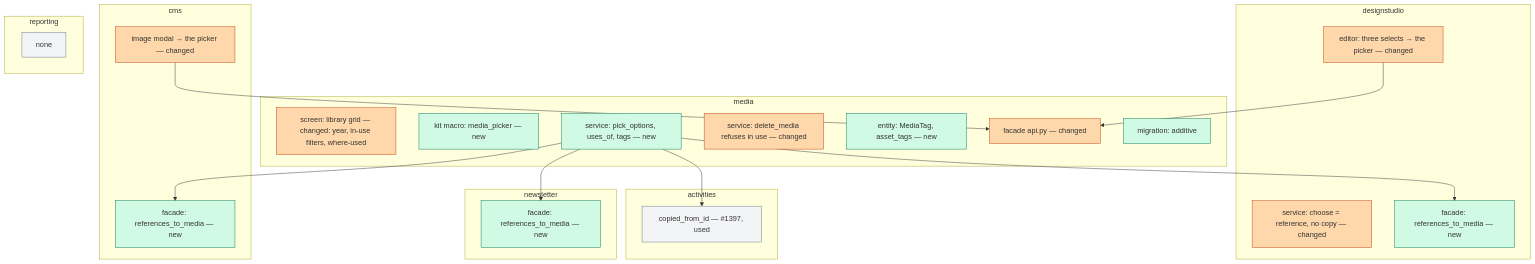
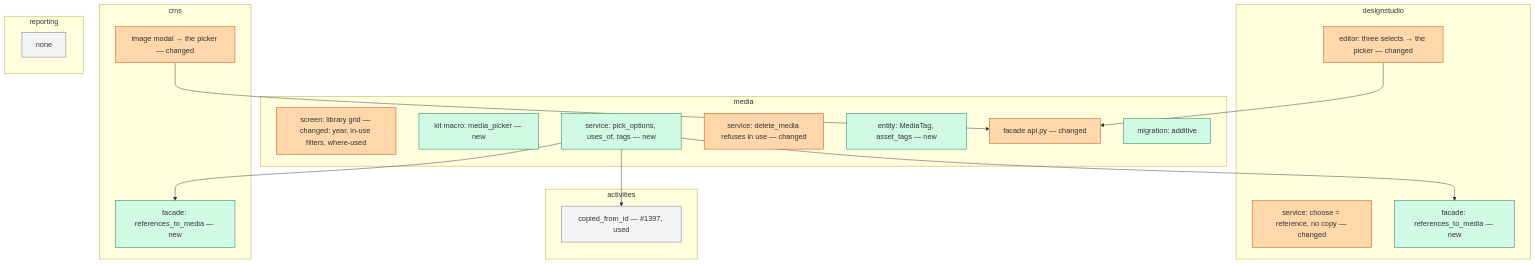
Before and after one commit to KoenRenders/KoenTest: the fourth of 5 diagrams in docs/change_request_15_media_library.md, drawn with Mermaid. The commit also changed other lines of this file, not shown here.

````diff
--- a/docs/change_request_15_media_library.md
+++ b/docs/change_request_15_media_library.md
@@ -267,39 +267,35 @@
 ```mermaid
 flowchart TB
   subgraph media[media]
     m1[screen: library grid — changed: year, in-use filters, where-used]:::chg
     m2[kit macro: media_picker — new]:::new
     m3[service: pick_options, uses_of, tags — new]:::new
     m4[service: delete_media refuses in use — changed]:::chg
     m5[entity: MediaTag, asset_tags — new]:::new
     m6[facade api.py — changed]:::chg
     m7[migration: additive]:::new
   end
   subgraph ds[designstudio]
     d1[editor: three selects → the picker — changed]:::chg
     d2[service: choose = reference, no copy — changed]:::chg
     d3[facade: references_to_media — new]:::new
   end
   subgraph cms[cms]
     c1[image modal → the picker — changed]:::chg
     c2[facade: references_to_media — new]:::new
   end
-  subgraph nl[newsletter]
-    n1[facade: references_to_media — new]:::new
-  end
   subgraph act[activities]
     a1[copied_from_id — #1397, used]:::used
   end
   subgraph rep[reporting]
     r1[none]:::used
   end
   d1 --> m6
   c1 --> m6
   m3 --> d3
   m3 --> c2
-  m3 --> n1
   m3 --> a1
   classDef new fill:#d1fae5,stroke:#047857
   classDef chg fill:#fed7aa,stroke:#c2410c
   classDef used fill:#f3f4f6,stroke:#6b7280
 ```
````
